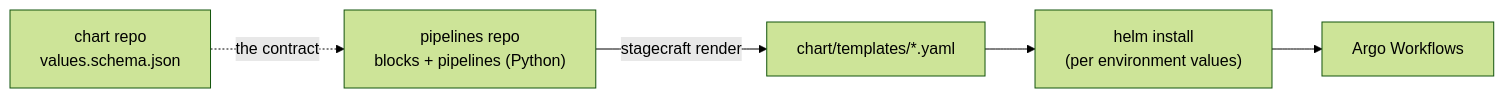
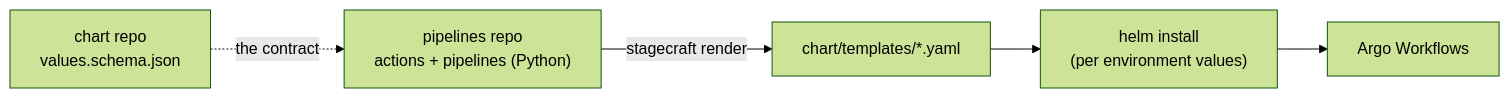
Before and after one commit to elliottmoos/stagecraft: the second of 2 diagrams in docs/01-mental-model.md, drawn with Mermaid (forest theme). The commit also changed other lines of this file and 52 other files, not shown here.

First line of the commit message:
Split blocks into actions placed by steps

````diff
--- a/docs/01-mental-model.md
+++ b/docs/01-mental-model.md
@@ -60,7 +67,7 @@
 ```mermaid
 flowchart LR
-  P["pipelines repo<br/>blocks + pipelines (Python)"] -- stagecraft render --> T["chart/templates/*.yaml"]
+  P["pipelines repo<br/>actions + pipelines (Python)"] -- stagecraft render --> T["chart/templates/*.yaml"]
   S["chart repo<br/>values.schema.json"] -. the contract .-> P
   T --> H["helm install<br/>(per environment values)"]
   H --> A["Argo Workflows"]
 ```
````
